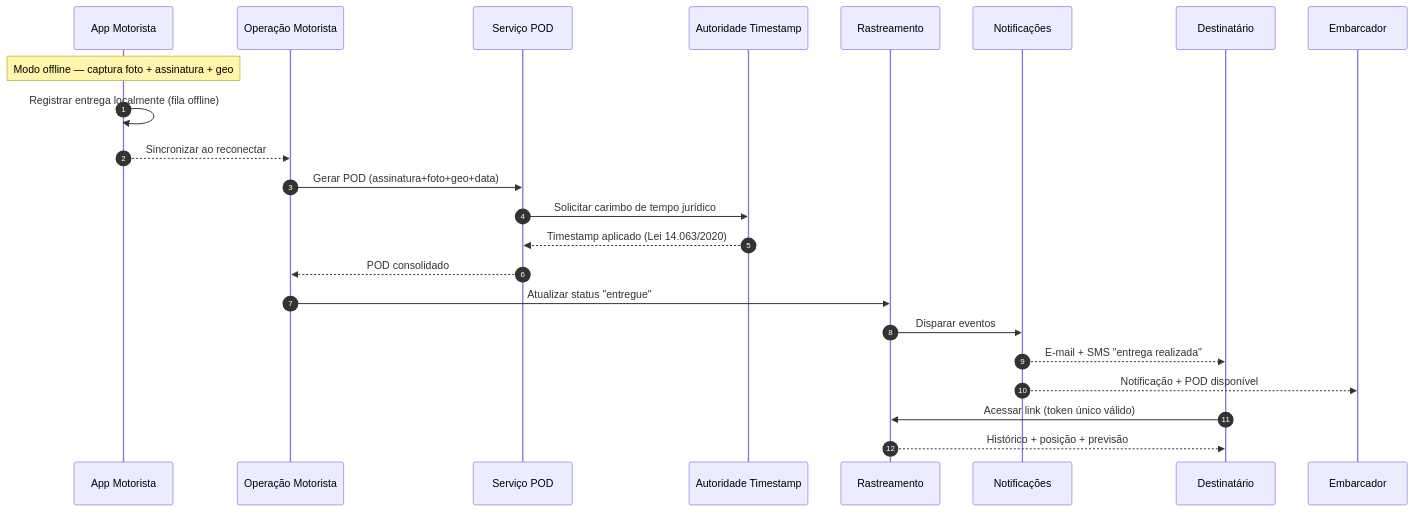
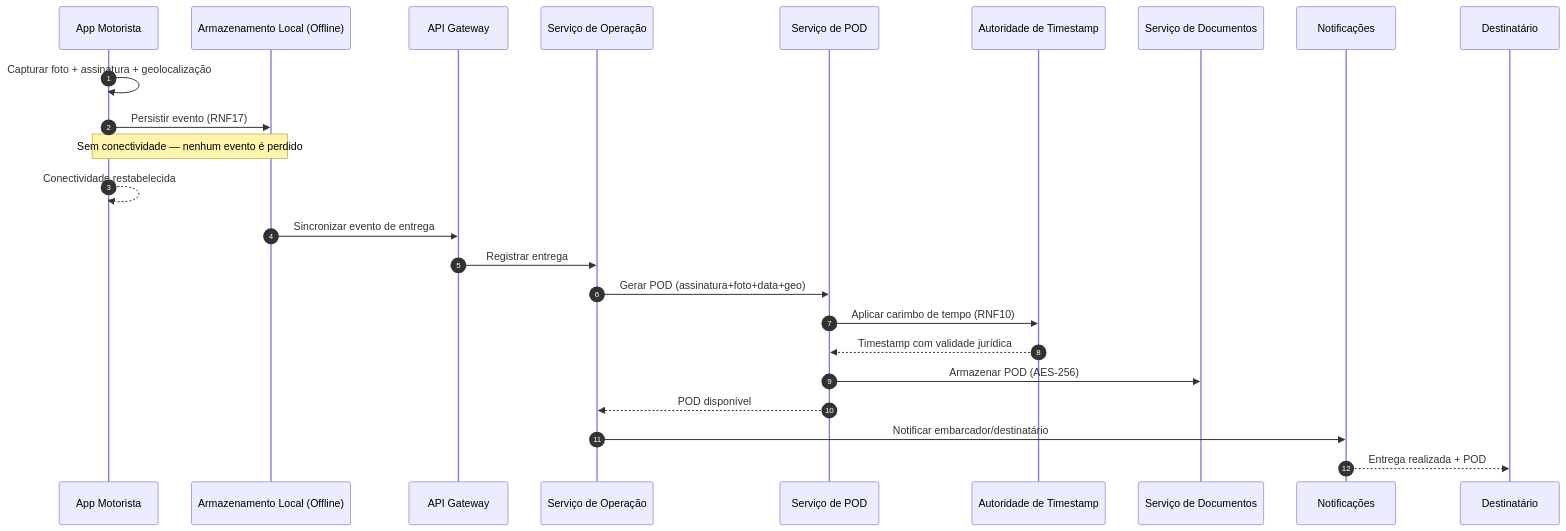
Before and after one commit to PDC-ESIA/AI4ES: the third of 4 diagrams in docs/Time_2_Design/analise-qualitativa/outputs/relatorio_claude_opus_4_8_G04.md, drawn with Mermaid. The commit also changed other lines of this file and 93 other files, not shown here.

````diff
--- a/docs/Time_2_Design/analise-qualitativa/outputs/relatorio_claude_opus_4_8_G04.md
+++ b/docs/Time_2_Design/analise-qualitativa/outputs/relatorio_claude_opus_4_8_G04.md
@@ -145,26 +150,27 @@
 ```mermaid
 sequenceDiagram
     autonumber
     participant M as App Motorista
-    participant OPS as Operação Motorista
-    participant POD as Serviço POD
-    participant TS as Autoridade Timestamp
-    participant TRACK as Rastreamento
-    participant NOT as Notificações
+    participant LOCAL as Armazenamento Local (Offline)
+    participant GW as API Gateway
+    participant TRIP as Serviço de Operação
+    participant POD as Serviço de POD
+    participant TS as Autoridade de Timestamp
+    participant DOC as Serviço de Documentos
+    participant NOTIF as Notificações
     participant D as Destinatário
-    participant EMB as Embarcador
 
-    Note over M: Modo offline — captura foto + assinatura + geo
-    M->>M: Registrar entrega localmente (fila offline)
-    M-->>OPS: Sincronizar ao reconectar
-    OPS->>POD: Gerar POD (assinatura+foto+geo+data)
-    POD->>TS: Solicitar carimbo de tempo jurídico
-    TS-->>POD: Timestamp aplicado (Lei 14.063/2020)
-    POD-->>OPS: POD consolidado
-    OPS->>TRACK: Atualizar status "entregue"
-    TRACK->>NOT: Disparar eventos
-    NOT-->>D: E-mail + SMS "entrega realizada"
-    NOT-->>EMB: Notificação + POD disponível
-    D->>TRACK: Acessar link (token único válido)
-    TRACK-->>D: Histórico + posição + previsão
+    M->>M: Capturar foto + assinatura + geolocalização
+    M->>LOCAL: Persistir evento (RNF17)
+    Note over M,LOCAL: Sem conectividade — nenhum evento é perdido
+    M-->>M: Conectividade restabelecida
+    LOCAL->>GW: Sincronizar evento de entrega
+    GW->>TRIP: Registrar entrega
+    TRIP->>POD: Gerar POD (assinatura+foto+data+geo)
+    POD->>TS: Aplicar carimbo de tempo (RNF10)
+    TS-->>POD: Timestamp com validade jurídica
+    POD->>DOC: Armazenar POD (AES-256)
+    POD-->>TRIP: POD disponível
+    TRIP->>NOTIF: Notificar embarcador/destinatário
+    NOTIF-->>D: Entrega realizada + POD
 ```
````
